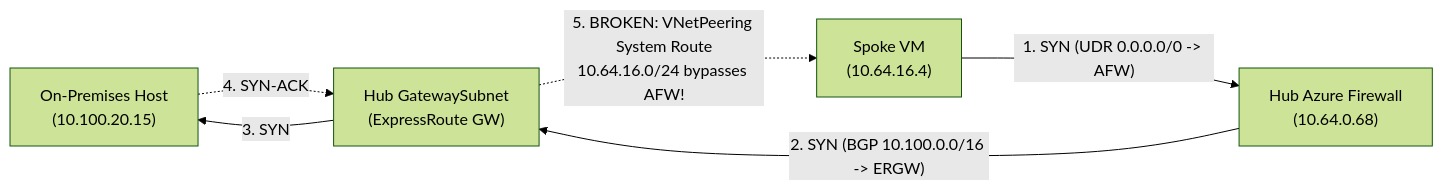
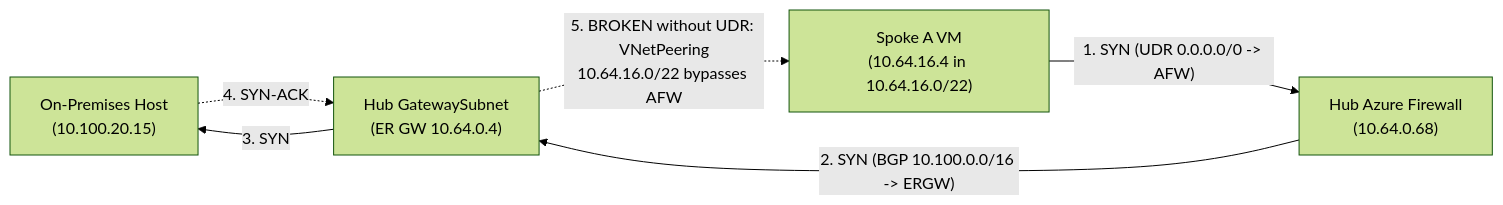
One commit to jonathan-vella/azure-networking changed the second of 2 diagrams in src/content/docs/01-foundations/routing-and-traffic-engineering.md. Above: the diagram before and after it, drawn with Mermaid (forest theme). The commit also changed other lines of this file and 5 other files, not shown here.

````diff
--- a/src/content/docs/01-foundations/routing-and-traffic-engineering.md
+++ b/src/content/docs/01-foundations/routing-and-traffic-engineering.md
@@ -99,13 +108,13 @@
 ```mermaid
 flowchart LR
   OnPrem["On-Premises Host<br/>(10.100.20.15)"]
-  ERGW["Hub GatewaySubnet<br/>(ExpressRoute GW)"]
+  ERGW["Hub GatewaySubnet<br/>(ER GW 10.64.0.4)"]
   AFW["Hub Azure Firewall<br/>(10.64.0.68)"]
-  SpokeVM["Spoke VM<br/>(10.64.16.4)"]
+  SpokeVM["Spoke A VM<br/>(10.64.16.4 in 10.64.16.0/22)"]
 
   SpokeVM -- "1. SYN (UDR 0.0.0.0/0 -> AFW)" --> AFW
   AFW -- "2. SYN (BGP 10.100.0.0/16 -> ERGW)" --> ERGW
   ERGW -- "3. SYN" --> OnPrem
   OnPrem -. "4. SYN-ACK" .-> ERGW
-  ERGW -. "5. BROKEN: VNetPeering System Route<br/>10.64.16.0/24 bypasses AFW!" .-> SpokeVM
+  ERGW -. "5. BROKEN without UDR: VNetPeering<br/>10.64.16.0/22 bypasses AFW" .-> SpokeVM
 ```
````
